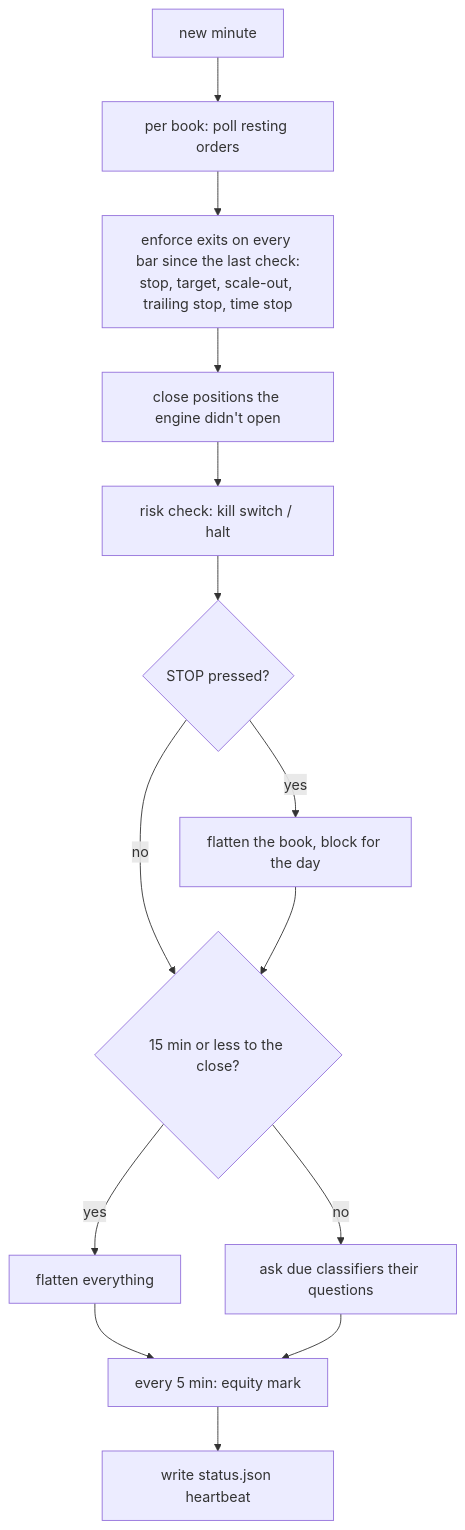
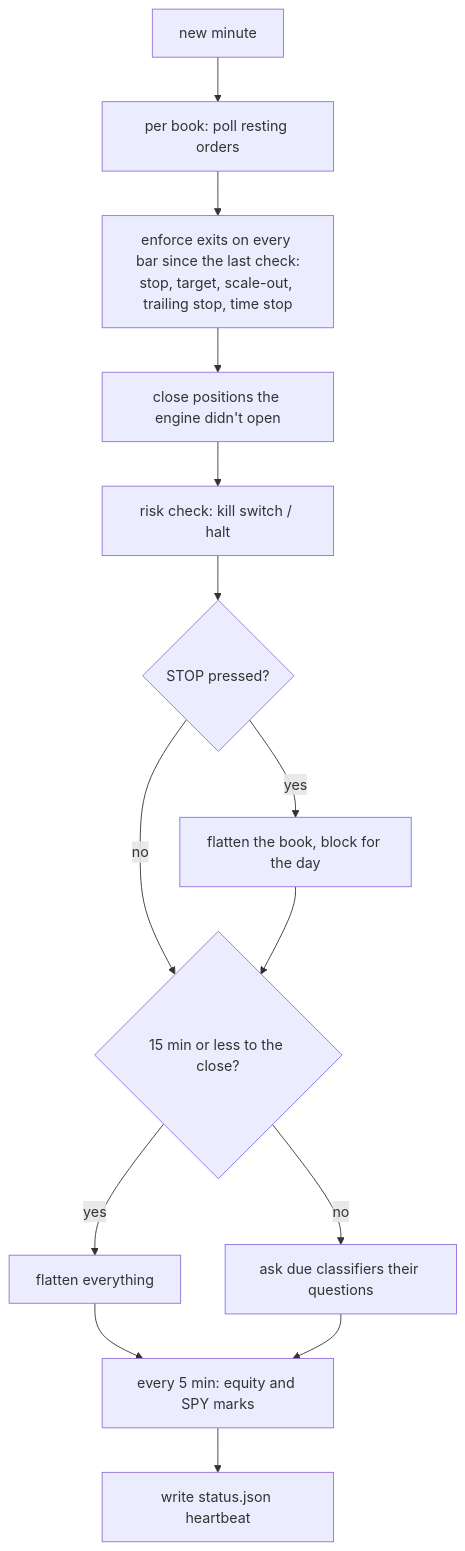
Before and after one commit to gilesknap/jev-trader: the second of 2 diagrams in docs/explanations/day-in-the-life.md, drawn with Mermaid. The commit also changed other lines of this file and 6 other files, not shown here.

First line of the commit message:
Performance chart: SPY yardstick moves intraday on the 1D view

````diff
--- a/docs/explanations/day-in-the-life.md
+++ b/docs/explanations/day-in-the-life.md
@@ -75,16 +75,16 @@
 ```{mermaid}
 flowchart TD
     A[new minute] --> B[per book: poll resting orders]
     B --> C[enforce exits on every bar since the last check:<br/>stop, target, scale-out, trailing stop, time stop]
     C --> D[close positions the engine didn't open]
     D --> E[risk check: kill switch / halt]
     E --> F{STOP pressed?}
     F -->|yes| G[flatten the book, block for the day]
     F -->|no| H{15 min or less to the close?}
     G --> H
     H -->|yes| I[flatten everything]
     H -->|no| K[ask due classifiers their questions]
-    I --> L[every 5 min: equity mark]
+    I --> L[every 5 min: equity and SPY marks]
     K --> L
     L --> M[write status.json heartbeat]
 ```
````
